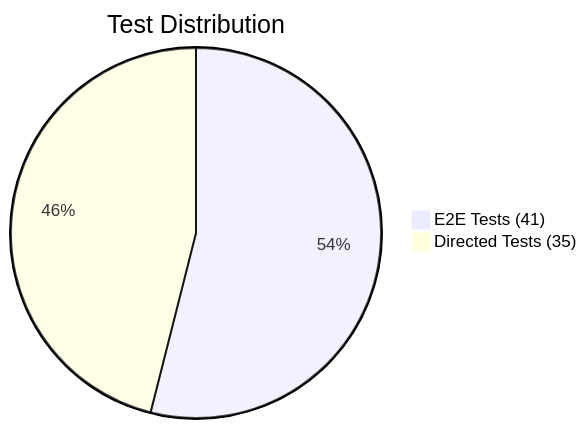
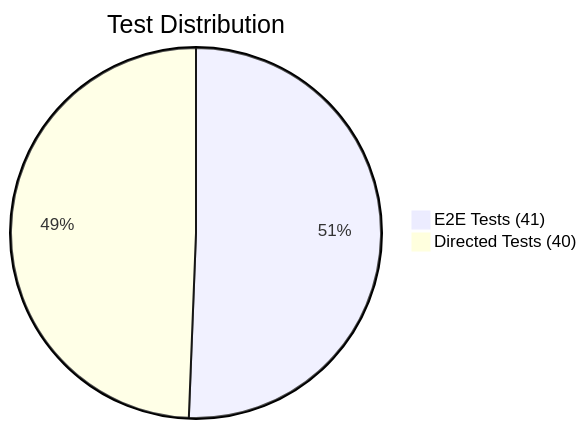
Diagram 26 of 27 in docs_source/hld.md (pdroyTT/Keraunos_PCIe_TILE), drawn with Mermaid before and after one commit. The commit also changed other lines of this file and 744 other files, not shown here.

````diff
--- a/docs_source/hld.md
+++ b/docs_source/hld.md
@@ -1782,5 +1778,5 @@
 ```{mermaid}
 pie title Test Distribution
     "E2E Tests (41)" : 41
-    "Directed Tests (35)" : 35
+    "Directed Tests (40)" : 40
 ```
````
